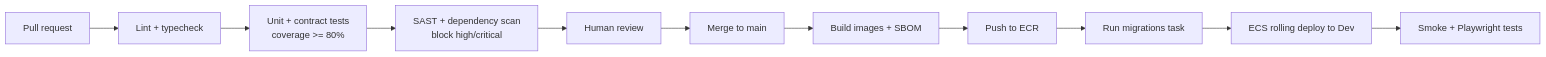
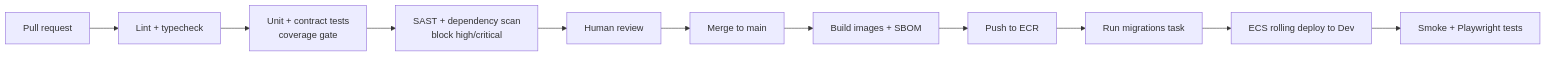
The sixth of 6 diagrams in ARCHITECTURE.md (jmanico/offsiteiq), drawn with Mermaid before and after one commit. The commit also changed other lines of this file and 6 other files, not shown here.

````diff
--- a/ARCHITECTURE.md
+++ b/ARCHITECTURE.md
@@ -551,13 +514,13 @@
 ```mermaid
 flowchart LR
     pr[Pull request] --> lint[Lint + typecheck]
-    lint --> test[Unit + contract tests<br/>coverage >= 80%]
+    lint --> test[Unit + contract tests<br/>coverage gate]
     test --> sast[SAST + dependency scan<br/>block high/critical]
     sast --> review[Human review]
     review --> merge[Merge to main]
     merge --> build[Build images + SBOM]
     build --> ecr[Push to ECR]
     ecr --> migrate[Run migrations task]
     migrate --> deploy[ECS rolling deploy to Dev]
     deploy --> smoke[Smoke + Playwright tests]
 ```
````
